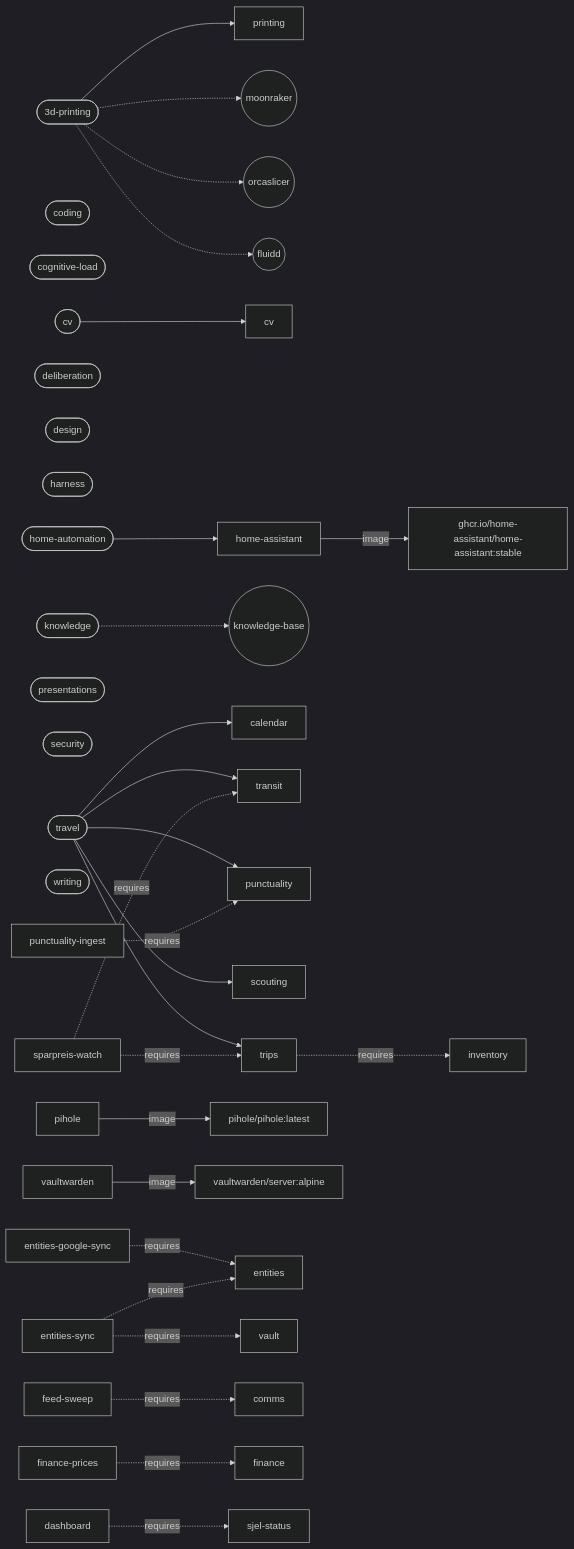
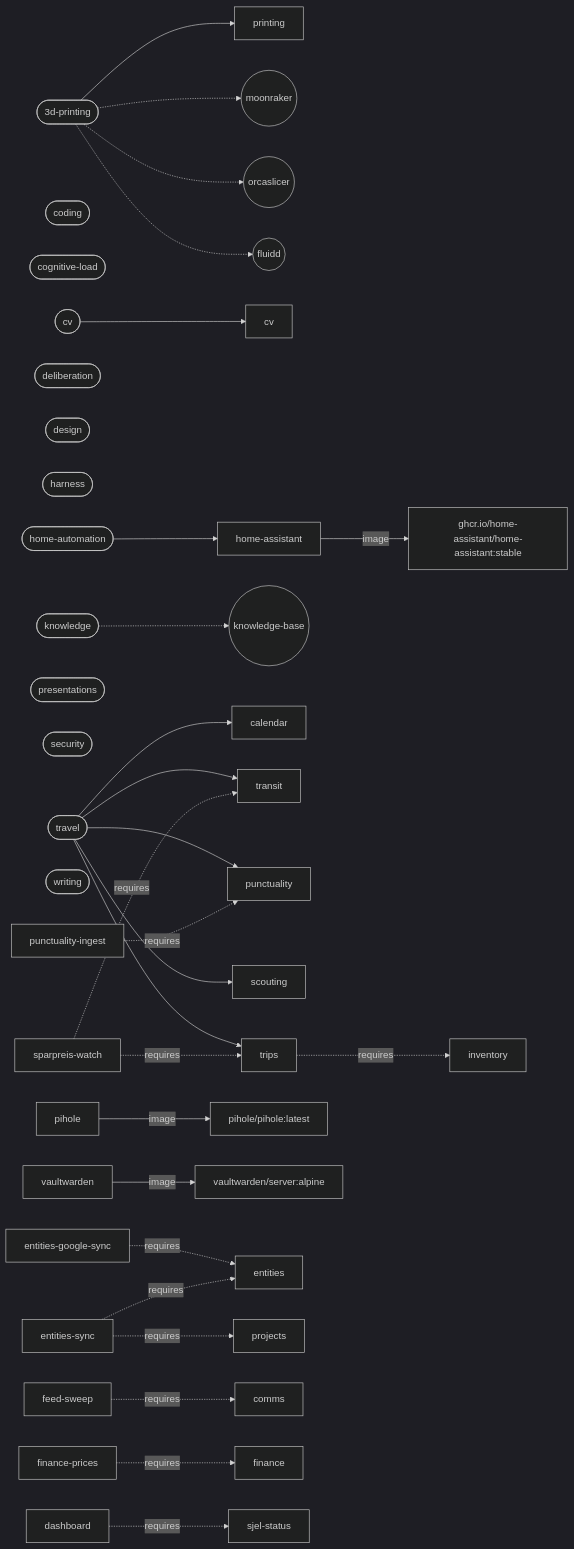
One commit to larsboes/Sjel changed the diagram in ARCHITECTURE.md. Above: the diagram before and after it, drawn with Mermaid (dark theme). The commit also changed other lines of this file and 319 other files, not shown here.

````diff
--- a/ARCHITECTURE.md
+++ b/ARCHITECTURE.md
@@ -172,41 +173,41 @@
 ```mermaid
 flowchart LR
   pack_3d_printing(["3d-printing"])
   pack_3d_printing --> cap_printing["printing"]
   pack_3d_printing -.-> sys_moonraker(("moonraker"))
   pack_3d_printing -.-> sys_orcaslicer(("orcaslicer"))
   pack_3d_printing -.-> sys_fluidd(("fluidd"))
   pack_coding(["coding"])
   pack_cognitive_load(["cognitive-load"])
   pack_cv(["cv"])
   pack_cv --> cap_cv["cv"]
   pack_deliberation(["deliberation"])
   pack_design(["design"])
   pack_harness(["harness"])
   pack_home_automation(["home-automation"])
   pack_home_automation --> cap_home_assistant["home-assistant"]
   pack_knowledge(["knowledge"])
   pack_knowledge -.-> sys_knowledge_base(("knowledge-base"))
   pack_presentations(["presentations"])
   pack_security(["security"])
   pack_travel(["travel"])
   pack_travel --> cap_calendar["calendar"]
   pack_travel --> cap_transit["transit"]
   pack_travel --> cap_punctuality["punctuality"]
   pack_travel --> cap_scouting["scouting"]
   pack_travel --> cap_trips["trips"]
   pack_writing(["writing"])
   cap_home_assistant["home-assistant"] -->|image| img_ghcr_io_home_assistant_home_assistant["ghcr.io/home-assistant/home-assistant:stable"]
   cap_pihole["pihole"] -->|image| img_pihole_pihole["pihole/pihole:latest"]
   cap_vaultwarden["vaultwarden"] -->|image| img_vaultwarden_server["vaultwarden/server:alpine"]
   cap_entities_google_sync["entities-google-sync"] -.->|requires| cap_entities["entities"]
-  cap_entities_sync["entities-sync"] -.->|requires| cap_vault["vault"]
+  cap_entities_sync["entities-sync"] -.->|requires| cap_projects["projects"]
   cap_entities_sync["entities-sync"] -.->|requires| cap_entities["entities"]
   cap_feed_sweep["feed-sweep"] -.->|requires| cap_comms["comms"]
   cap_finance_prices["finance-prices"] -.->|requires| cap_finance["finance"]
   cap_punctuality_ingest["punctuality-ingest"] -.->|requires| cap_punctuality["punctuality"]
   cap_sparpreis_watch["sparpreis-watch"] -.->|requires| cap_transit["transit"]
   cap_sparpreis_watch["sparpreis-watch"] -.->|requires| cap_trips["trips"]
   cap_trips["trips"] -.->|requires| cap_inventory["inventory"]
   cap_dashboard["dashboard"] -.->|requires| cap_sjel_status["sjel-status"]
 ```
````
